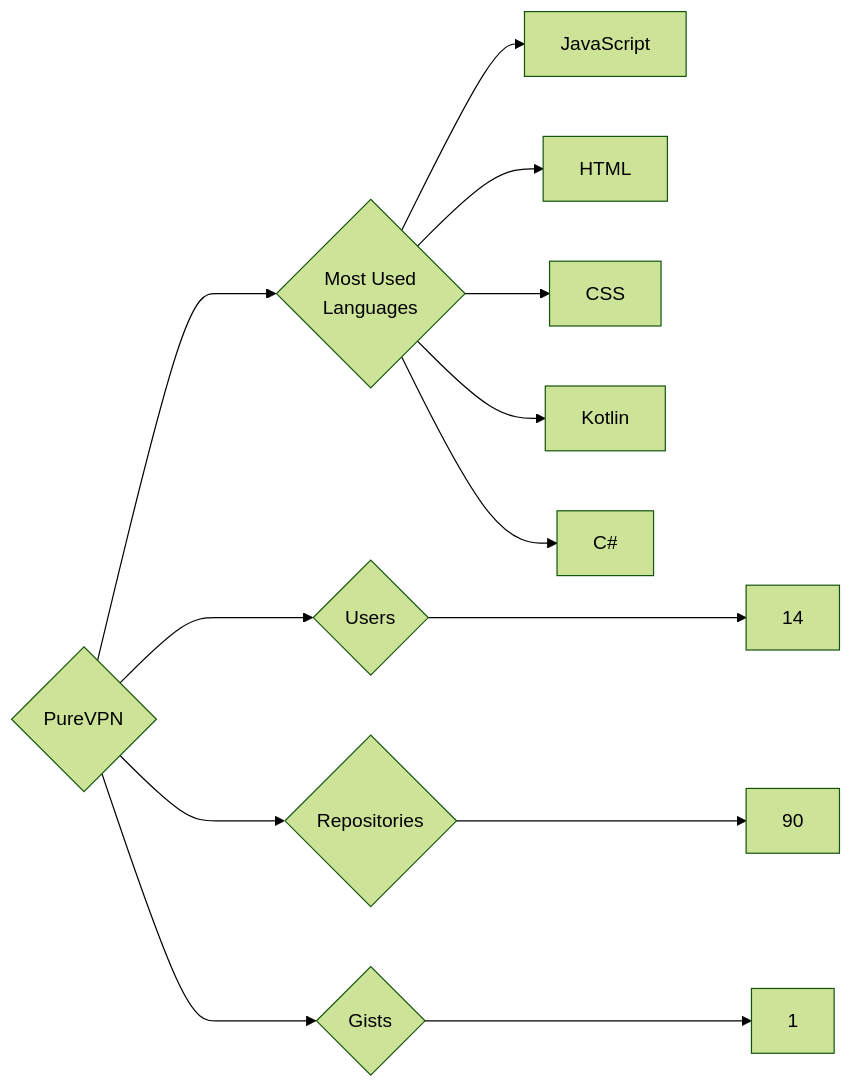
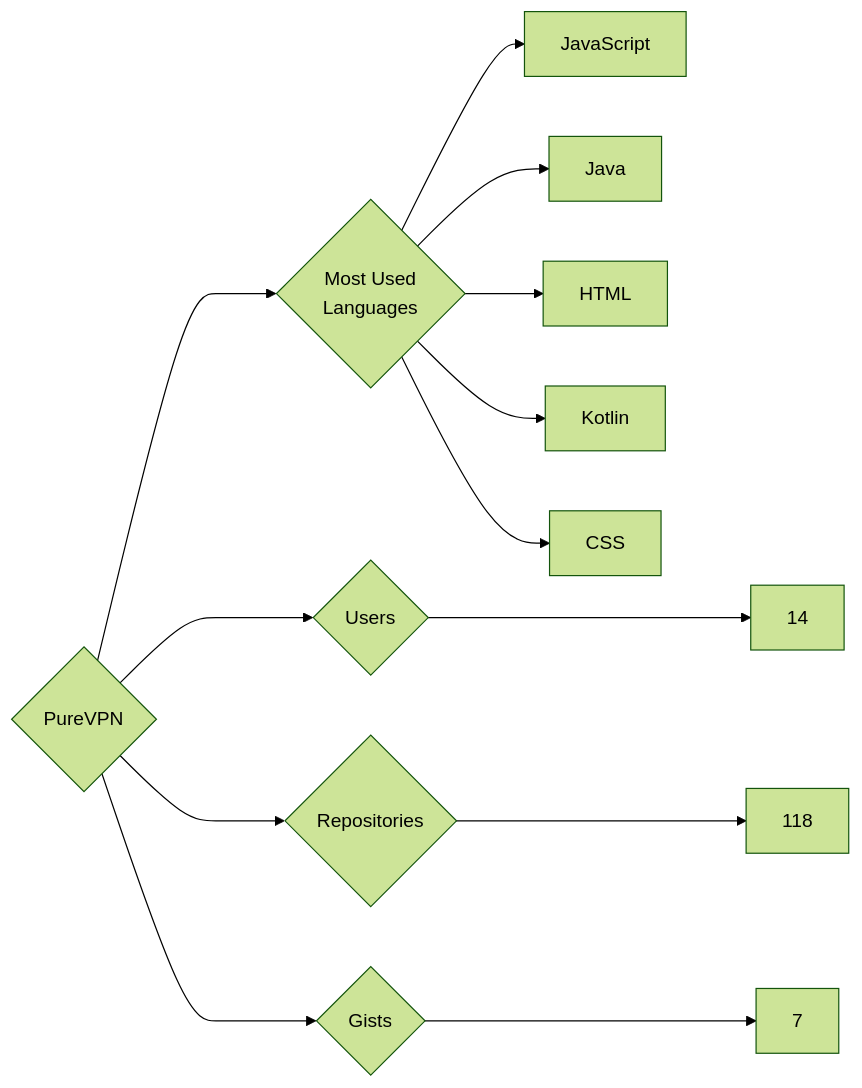
One commit to trickest/insiders changed the diagram in targets/PureVPN/README.md. Above: the diagram before and after it, drawn with Mermaid (forest theme). The commit also changed 1011 other files, not shown here.

````diff
--- a/targets/PureVPN/README.md
+++ b/targets/PureVPN/README.md
@@ -3,13 +3,13 @@
 ```mermaid
 graph LR
 COMPANY_NAME{PureVPN}
 COMPANY_NAME ---> U{Users} ---> UN[14]
-COMPANY_NAME ---> R{Repositories} ---> RN[90]
-COMPANY_NAME ---> G{Gists} ---> GN[1]
+COMPANY_NAME ---> R{Repositories} ---> RN[118]
+COMPANY_NAME ---> G{Gists} ---> GN[7]
 COMPANY_NAME ---> ML{Most Used<br>Languages}
 ML --> JavaScript[JavaScript]
+ML --> Java[Java]
 ML --> HTML[HTML]
+ML --> Kotlin[Kotlin]
 ML --> CSS[CSS]
-ML --> Kotlin[Kotlin]
-ML --> C#[C#]
 ```
````
